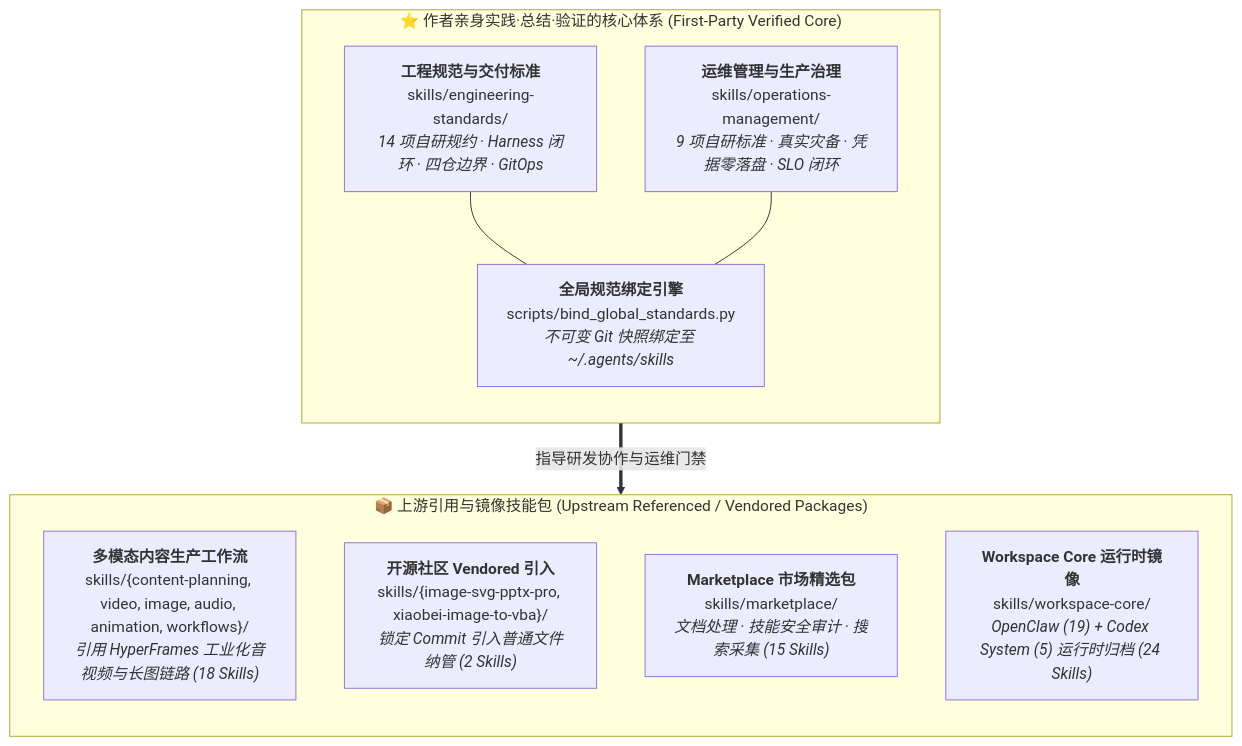
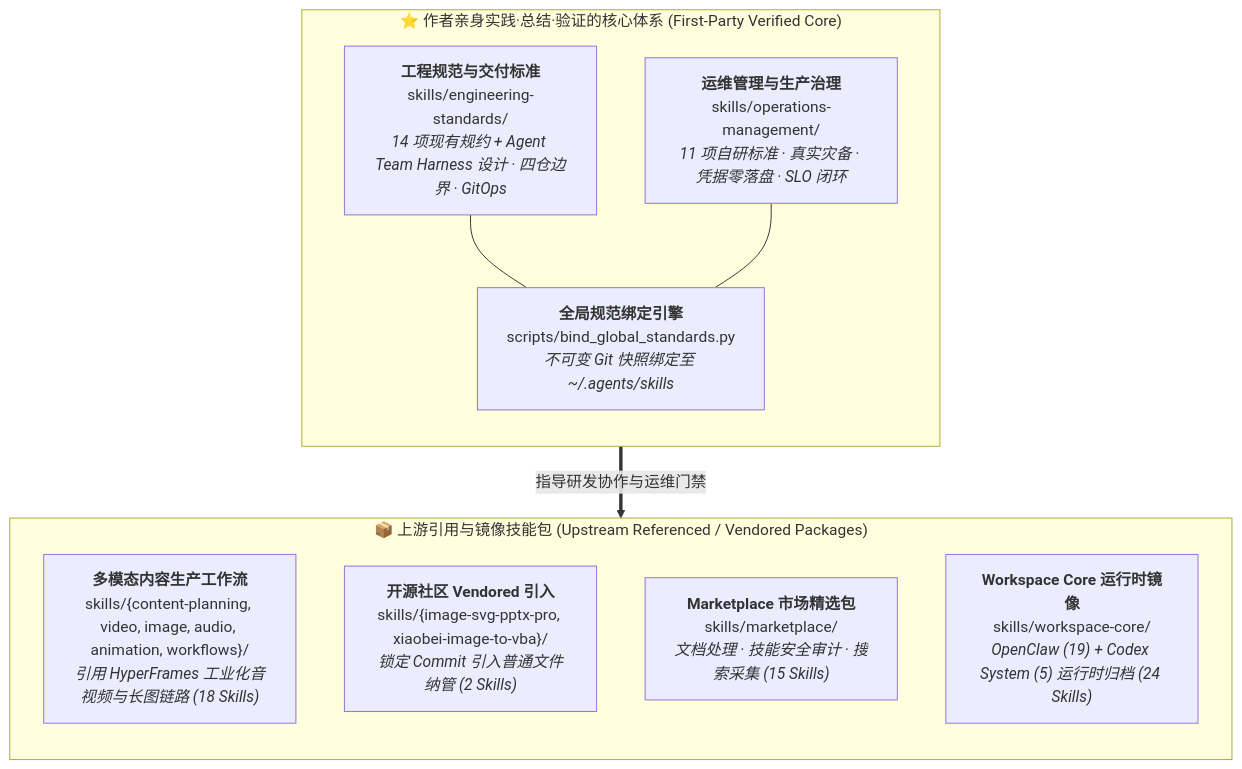
Before and after one commit to ai-workspace-lab/xworkspace-core-skills: the diagram in README.md, drawn with Mermaid. The commit also changed other lines of this file and 13 other files, not shown here.

Commit message:
feat(skills): add Agent Team Harness (#65)

````diff
--- a/README.md
+++ b/README.md
@@ -24,21 +24,21 @@
 ```mermaid
 flowchart TD
     subgraph Core["⭐ 作者亲身实践·总结·验证的核心体系 (First-Party Verified Core)"]
         direction TB
-        ENG["<b>工程规范与交付标准</b><br/>skills/engineering-standards/<br/><i>14 项自研规约 · Harness 闭环 · 四仓边界 · GitOps</i>"]
-        OPS["<b>运维管理与生产治理</b><br/>skills/operations-management/<br/><i>9 项自研标准 · 真实灾备 · 凭据零落盘 · SLO 闭环</i>"]
+        ENG["<b>工程规范与交付标准</b><br/>skills/engineering-standards/<br/><i>14 项现有规约 + Agent Team Harness 设计 · 四仓边界 · GitOps</i>"]
+        OPS["<b>运维管理与生产治理</b><br/>skills/operations-management/<br/><i>11 项自研标准 · 真实灾备 · 凭据零落盘 · SLO 闭环</i>"]
         TOOL["<b>全局规范绑定引擎</b><br/>scripts/bind_global_standards.py<br/><i>不可变 Git 快照绑定至 ~/.agents/skills</i>"]
         ENG --- TOOL
         OPS --- TOOL
     end
 
     subgraph Upstream["📦 上游引用与镜像技能包 (Upstream Referenced / Vendored Packages)"]
         direction TB
         CONTENT["<b>多模态内容生产工作流</b><br/>skills/{content-planning, video, image, audio, animation, workflows}/<br/><i>引用 HyperFrames 工业化音视频与长图链路 (18 Skills)</i>"]
         VENDORED["<b>开源社区 Vendored 引入</b><br/>skills/{image-svg-pptx-pro, xiaobei-image-to-vba}/<br/><i>锁定 Commit 引入普通文件纳管 (2 Skills)</i>"]
         MARKET["<b>Marketplace 市场精选包</b><br/>skills/marketplace/<br/><i>文档处理 · 技能安全审计 · 搜索采集 (15 Skills)</i>"]
         RUNTIME["<b>Workspace Core 运行时镜像</b><br/>skills/workspace-core/<br/><i>OpenClaw (19) + Codex System (5) 运行时归档 (24 Skills)</i>"]
     end
 
     Core ==>|指导研发协作与运维门禁| Upstream
 ```
````
